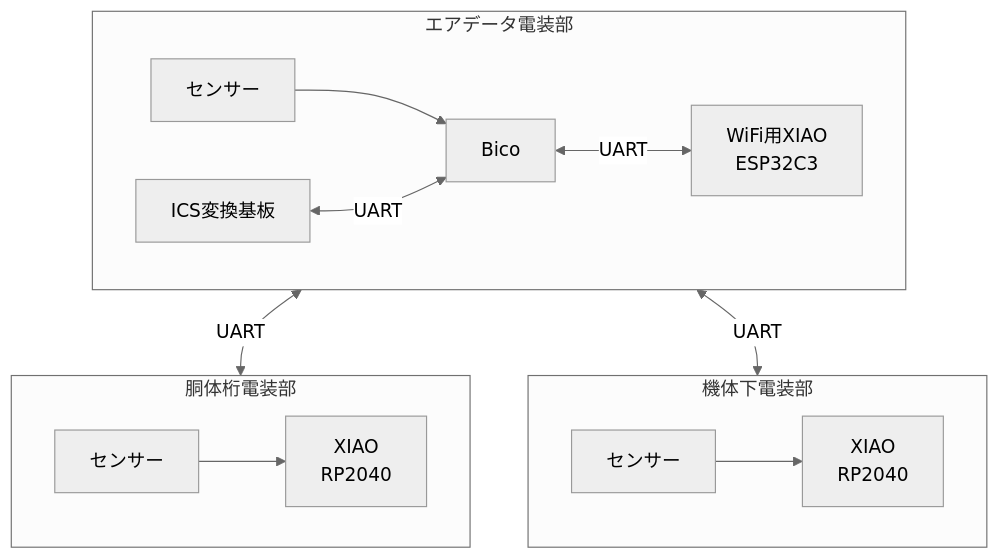
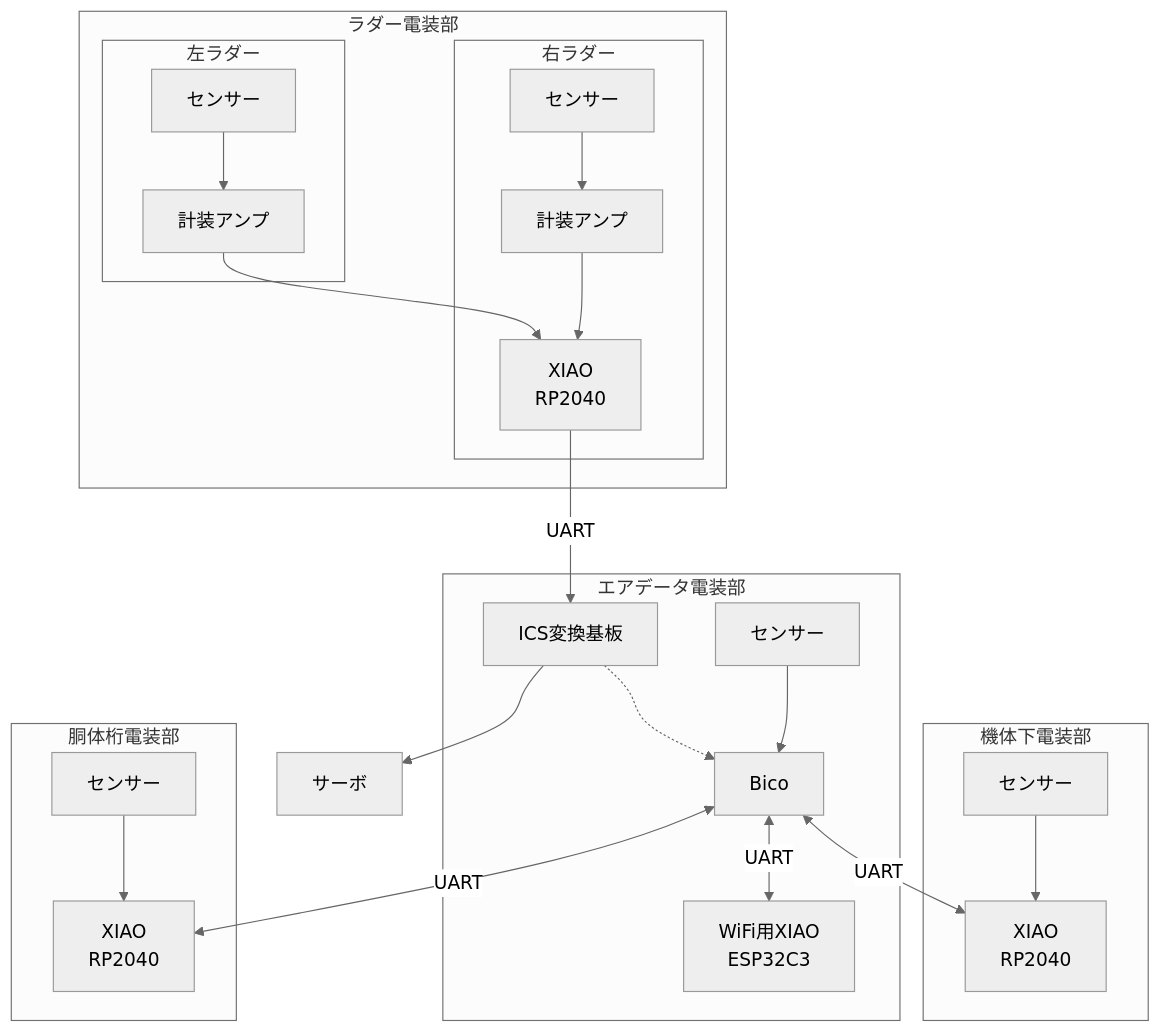
The diagram in 【引き継ぎ資料】/26代/電装設計・全体システム/通信の構成.md (TORICA-Org/electronics-docs), drawn with Mermaid (neutral theme) before and after one commit. The commit also changed other lines of this file and 4 other files, not shown here.

````diff
--- a/【引き継ぎ資料】/26代/電装設計・全体システム/通信の構成.md
+++ b/【引き継ぎ資料】/26代/電装設計・全体システム/通信の構成.md
@@ -18,29 +18,47 @@
 ```mermaid
 flowchart TD
+    subgraph rudder[ラダー電装部]
+        subgraph rudderR[右ラダー]
+            rudderX[XIAO<br>RP2040]
+            ampR[計装アンプ]
+            rudderS[センサー]
+            rudderS --> ampR
+        end
+        subgraph rudderL[左ラダー]
+            ampL[計装アンプ]
+            rudderLS[センサー]
+            rudderLS --> ampL
+        end
+        ampR --> rudderX
+        ampL --> rudderX
+    end
+
+    subgraph under[機体下電装部]
+        underX[XIAO<br>RP2040]
+        underS[センサー]
+    end
+
     subgraph air[エアデータ電装部]
-        direction LR
+        bico[Bico]
         ics[ICS変換基板]
-        bico[Bico]
         esp32[WiFi用XIAO<br>ESP32C3]
         airS[センサー]
     end
 
-    subgraph under[機体下電装部]
-        direction LR
-        underX[XIAO<br>RP2040]
-        underS[センサー]
-    end
-
     subgraph fuselage[胴体桁電装部]
-        direction LR
         fuselageX[XIAO<br>RP2040]
         fuselageS[センサー] 
     end
+
+    servo[サーボ]
     
+    rudderX -- "UART" --> ics
+    underS --> underX
     airS --> bico
-    underS --> underX
     fuselageS --> fuselageX
-    ics <-- UART --> bico <-- UART --> esp32
+    ics -.-> bico
+    bico <-- UART --> esp32
     bico <-- UART --> underX
     bico <-- UART --> fuselageX
+    ics --> servo
 ```
````
